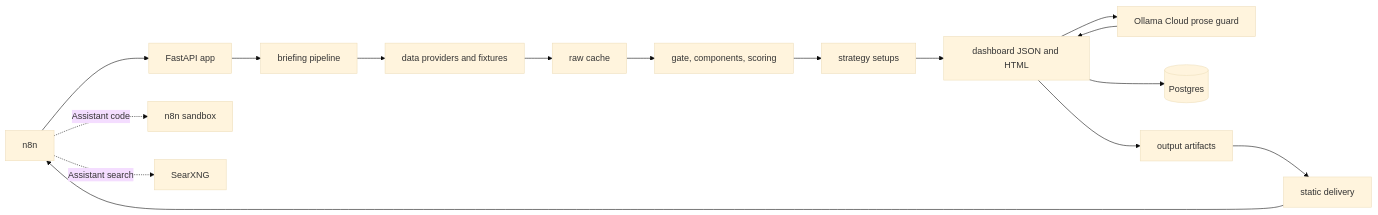
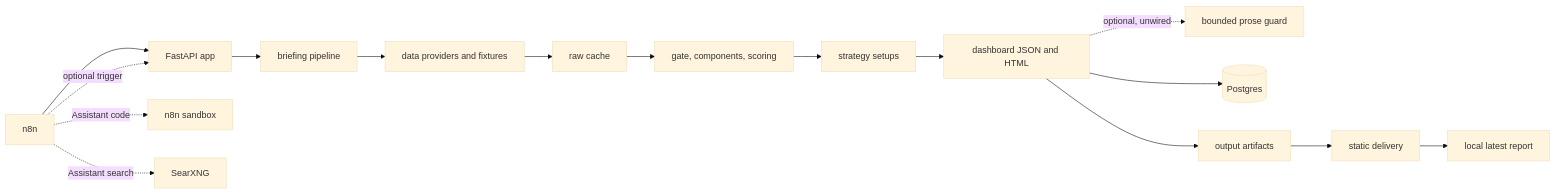
The diagram in README.md (FernasFragas/briefing-app), drawn with Mermaid (base theme) before and after one commit. The commit also changed other lines of this file and 125 other files, not shown here.

````diff
--- a/README.md
+++ b/README.md
@@ -23,18 +24,18 @@
 ```mermaid
 graph LR
   N8N[n8n] --> API[FastAPI app]
   API --> PIPE[briefing pipeline]
   PIPE --> SRC[data providers and fixtures]
   SRC --> CACHE[raw cache]
   CACHE --> SCORE[gate, components, scoring]
   SCORE --> STRAT[strategy setups]
   STRAT --> DASH[dashboard JSON and HTML]
-  DASH --> LLM[Ollama Cloud prose guard]
-  LLM --> DASH
+  DASH -. optional, unwired .-> LLM[bounded prose guard]
   DASH --> DB[(Postgres)]
   DASH --> OUT[output artifacts]
   OUT --> PUB[static delivery]
-  PUB --> N8N
+  PUB --> READER[local latest report]
+  N8N -. optional trigger .-> API
   N8N -. Assistant code .-> SANDBOX[n8n sandbox]
   N8N -. Assistant search .-> SEARCH[SearXNG]
 ```
````
